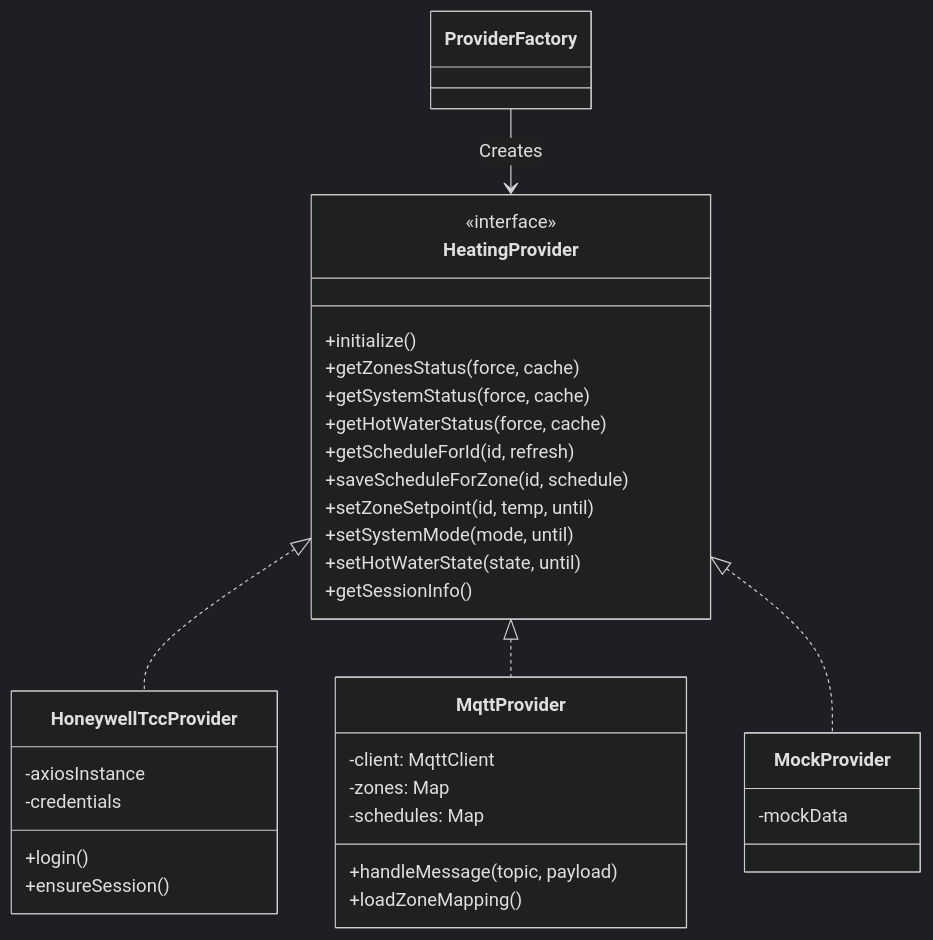
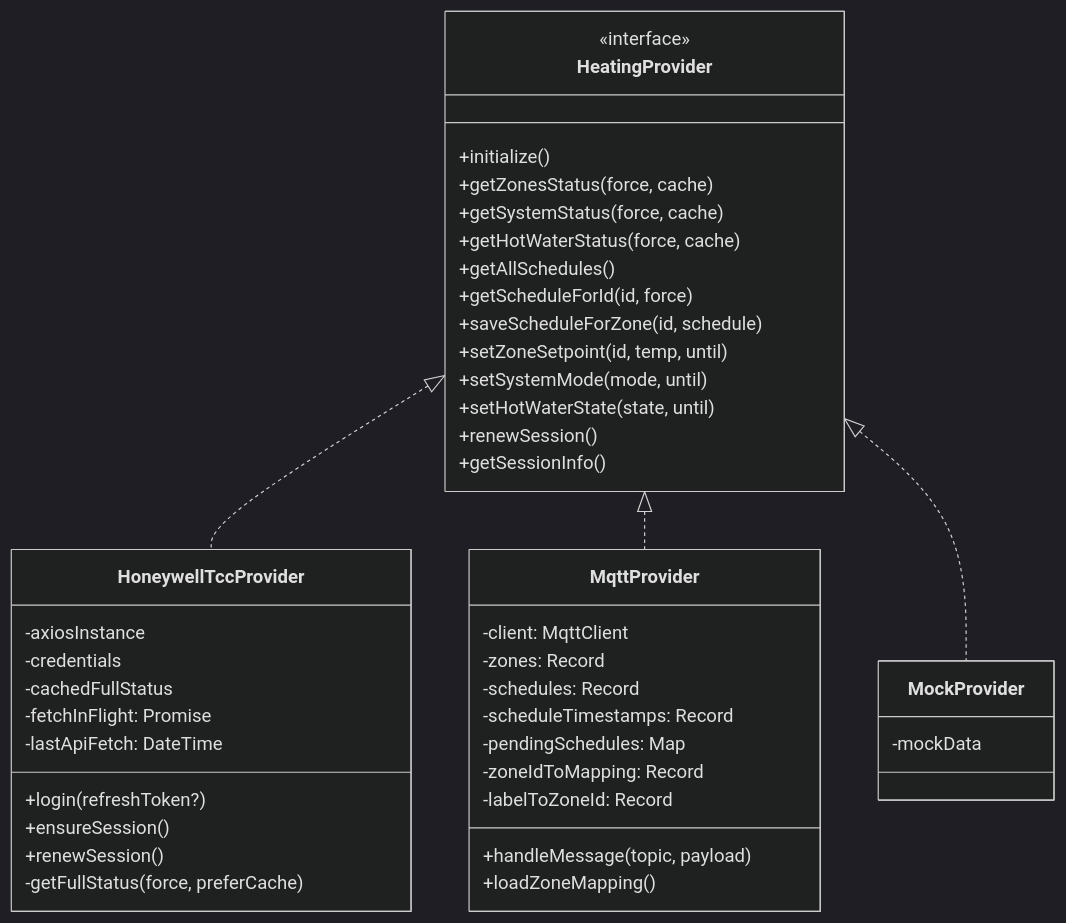
The first of 2 diagrams in ARCHITECTURE.md (smar000/evohome-Scheduler-GUI), drawn with Mermaid (dark theme) before and after one commit. The commit also changed other lines of this file and 1 other file, not shown here.

First line of the commit message:
docs: update ARCHITECTURE.md and DEVELOPMENT.md for modernised codebase

````diff
--- a/ARCHITECTURE.md
+++ b/ARCHITECTURE.md
@@ -12,40 +11,50 @@
 ```mermaid
 classDiagram
     class HeatingProvider {
         <<interface>>
         +initialize()
         +getZonesStatus(force, cache)
         +getSystemStatus(force, cache)
         +getHotWaterStatus(force, cache)
-        +getScheduleForId(id, refresh)
+        +getAllSchedules()
+        +getScheduleForId(id, force)
         +saveScheduleForZone(id, schedule)
         +setZoneSetpoint(id, temp, until)
         +setSystemMode(mode, until)
         +setHotWaterState(state, until)
+        +renewSession()
         +getSessionInfo()
     }
-    
+
     class HoneywellTccProvider {
         -axiosInstance
         -credentials
-        +login()
+        -cachedFullStatus
+        -fetchInFlight: Promise
+        -lastApiFetch: DateTime
+        +login(refreshToken?)
         +ensureSession()
+        +renewSession()
+        -getFullStatus(force, preferCache)
     }
-    
+
     class MqttProvider {
         -client: MqttClient
-        -zones: Map
-        -schedules: Map
+        -zones: Record
+        -schedules: Record
+        -scheduleTimestamps: Record
+        -pendingSchedules: Map
+        -zoneIdToMapping: Record
+        -labelToZoneId: Record
         +handleMessage(topic, payload)
         +loadZoneMapping()
     }
-    
+
     class MockProvider {
         -mockData
     }
 
     HeatingProvider <|.. HoneywellTccProvider
     HeatingProvider <|.. MqttProvider
     HeatingProvider <|.. MockProvider
-    ProviderFactory --> HeatingProvider : Creates
 ```
````
